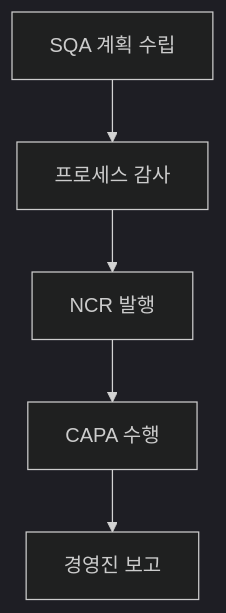
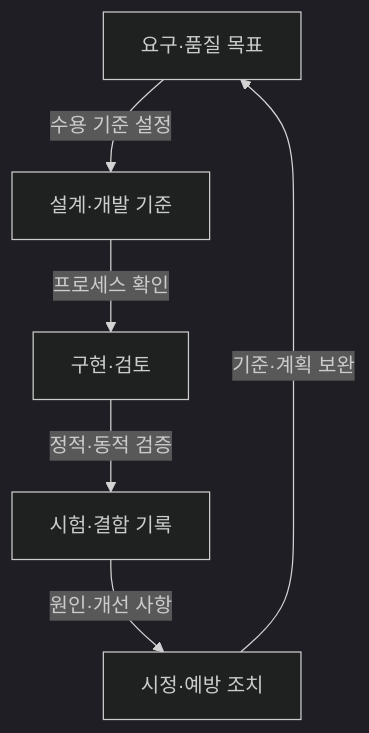
One commit to agnusdei1207/study changed the second of 2 diagrams in src/content/docs/notes/itpe/02-software-engineering/060_quality_assurance.md. Above: the diagram before and after it, drawn with Mermaid (dark theme). The commit also changed other lines of this file and 31 other files, not shown here.

Commit message:
docs(itpe): correct software engineering architecture and test notes

````diff
--- a/src/content/docs/notes/itpe/02-software-engineering/060_quality_assurance.md
+++ b/src/content/docs/notes/itpe/02-software-engineering/060_quality_assurance.md
@@ -113,7 +102,8 @@
 ```mermaid
-flowchart TB
-    A["SQA 계획 수립"] --> B["프로세스 감사"]
-    B --> C["NCR 발행"]
-    C --> D["CAPA 수행"]
-    D --> E["경영진 보고"]
+flowchart TD
+    A["요구·품질 목표"] -->|"수용 기준 설정"| B["설계·개발 기준"]
+    B -->|"프로세스 확인"| C["구현·검토"]
+    C -->|"정적·동적 검증"| D["시험·결함 기록"]
+    D -->|"원인·개선 사항"| E["시정·예방 조치"]
+    E -->|"기준·계획 보완"| A
 ```
````
